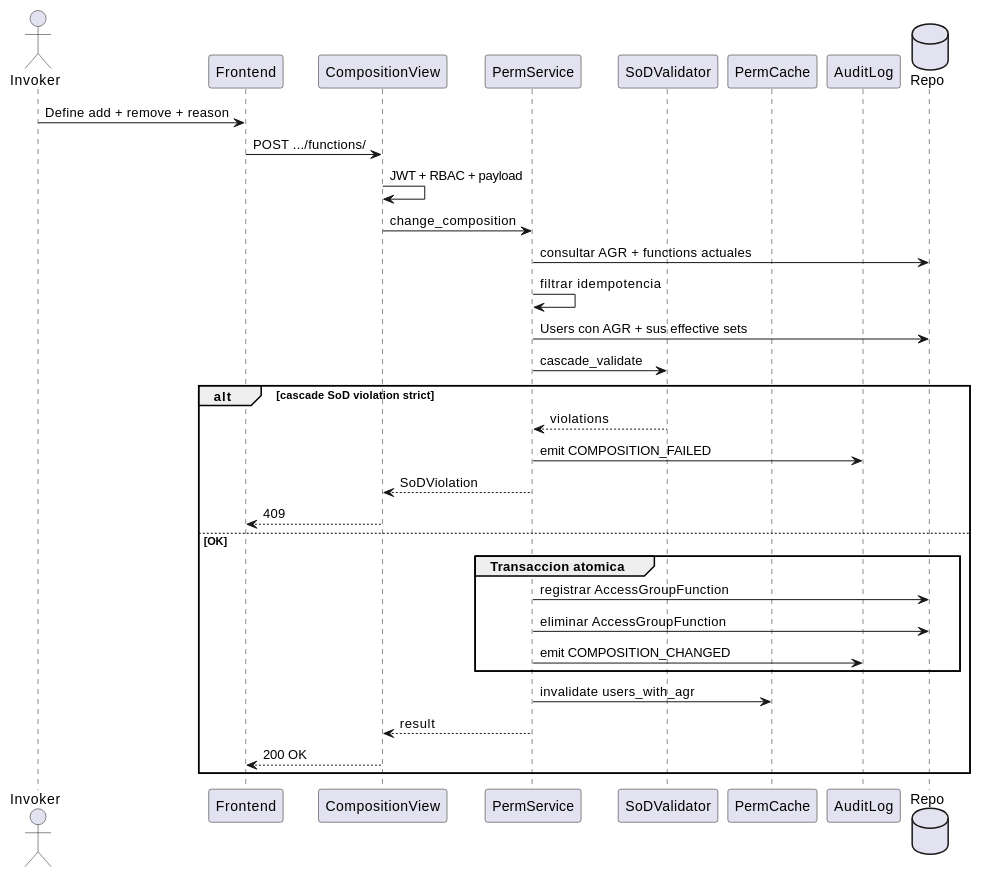
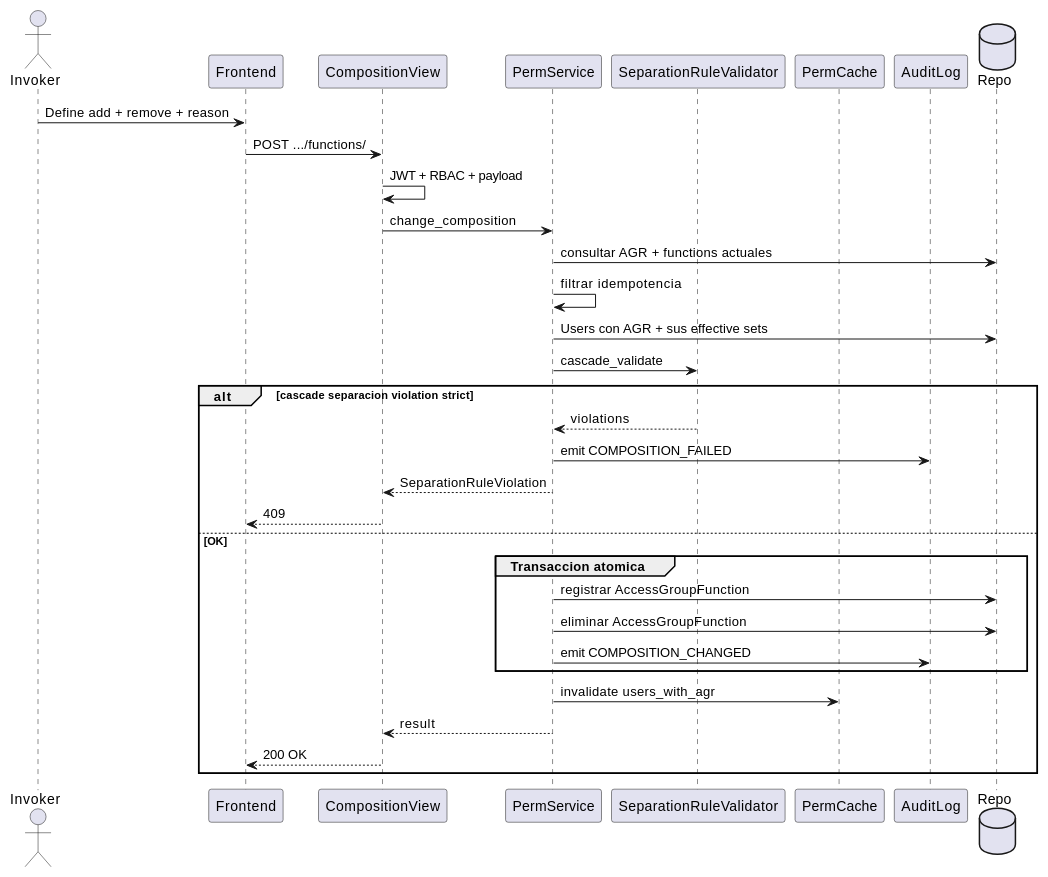
The diagram in source/requisitos/casos-uso/permissions/uc-perm-06/diagramas-uml/diagrama-de-secuencia.rst (jcg-admin/IACT-docs), drawn with PlantUML before and after one commit. The commit also changed 148 other files, not shown here.

```diff
--- a/source/requisitos/casos-uso/permissions/uc-perm-06/diagramas-uml/diagrama-de-secuencia.rst
+++ b/source/requisitos/casos-uso/permissions/uc-perm-06/diagramas-uml/diagrama-de-secuencia.rst
@@ -4,41 +4,41 @@
 .. uml::
  :caption: UC_PERM_06 — flujo
 
  @startuml
 
  actor Invoker as Invoker
  participant "Frontend" as Frontend
  participant "CompositionView" as Compositionview
  participant "PermService" as Permservice
- participant "SoDValidator" as Sodvalidator
+ participant "SeparationRuleValidator" as Sodvalidator
  participant "PermCache" as Permcache
  participant "AuditLog" as Auditlog
  database "Repo" as Repo
 
  Invoker -> Frontend: Define add + remove + reason
  Frontend -> Compositionview: POST .../functions/
 
  Compositionview -> Compositionview: JWT + RBAC + payload
  Compositionview -> Permservice: change_composition
 
  Permservice -> Repo: consultar AGR + functions actuales
  Permservice -> Permservice: filtrar idempotencia
  Permservice -> Repo: Users con AGR + sus effective sets
  Permservice -> Sodvalidator: cascade_validate
- alt cascade SoD violation strict
+ alt cascade separacion violation strict
    Sodvalidator --> Permservice: violations
    Permservice -> Auditlog: emit COMPOSITION_FAILED
-   Permservice --> Compositionview: SoDViolation
+   Permservice --> Compositionview: SeparationRuleViolation
    Compositionview --> Frontend: 409
  else OK
    group Transaccion atomica
      Permservice -> Repo: registrar AccessGroupFunction
      Permservice -> Repo: eliminar AccessGroupFunction
      Permservice -> Auditlog: emit COMPOSITION_CHANGED
    end
    Permservice -> Permcache: invalidate users_with_agr
    Permservice --> Compositionview: result
    Compositionview --> Frontend: 200 OK
  end
 
  @enduml
```
